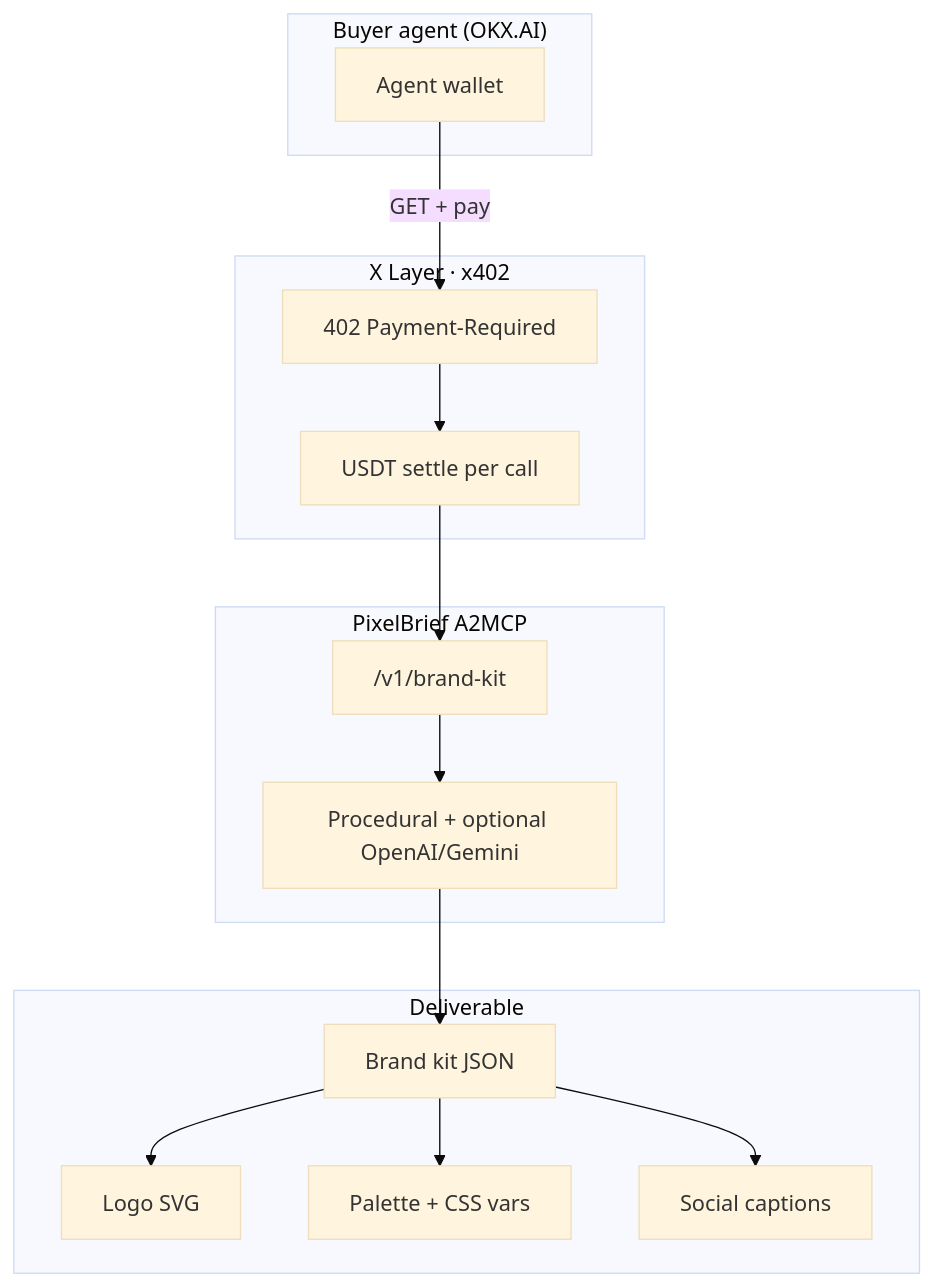
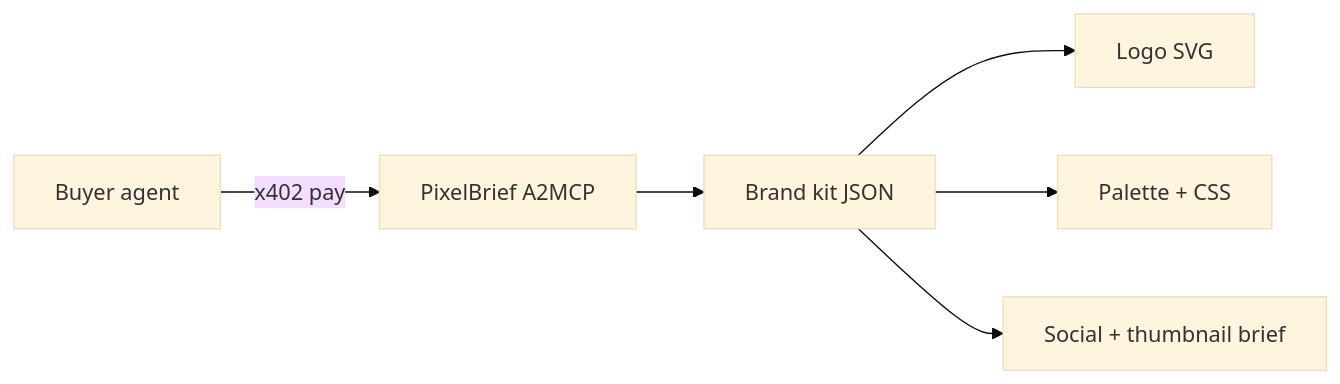
The diagram in README.md (thesithunyein/pixelbrief), drawn with Mermaid (base theme) before and after one commit. The commit also changed other lines of this file and 1 other file, not shown here.

````diff
--- a/README.md
+++ b/README.md
@@ -56,32 +54,8 @@
 ```mermaid
-flowchart TB
-  subgraph buyer["Buyer agent (OKX.AI)"]
-    A[Agent wallet]
-  end
-
-  subgraph pay["X Layer · x402"]
-    P[402 Payment-Required]
-    S[USDT settle per call]
-  end
-
-  subgraph pb["PixelBrief A2MCP"]
-    API["/v1/brand-kit"]
-    ENG[Procedural + optional OpenAI/Gemini]
-  end
-
-  subgraph out["Deliverable"]
-    J[Brand kit JSON]
-    SVG[Logo SVG]
-    PAL[Palette + CSS vars]
-    SOC[Social captions]
-  end
-
-  A -->|GET + pay| P
-  P --> S
-  S --> API
-  API --> ENG
-  ENG --> J
-  J --> SVG
-  J --> PAL
-  J --> SOC
+flowchart LR
+  A[Buyer agent] -->|x402 pay| B[PixelBrief A2MCP]
+  B --> C[Brand kit JSON]
+  C --> D[Logo SVG]
+  C --> E[Palette + CSS]
+  C --> F[Social + thumbnail brief]
 ```
````
